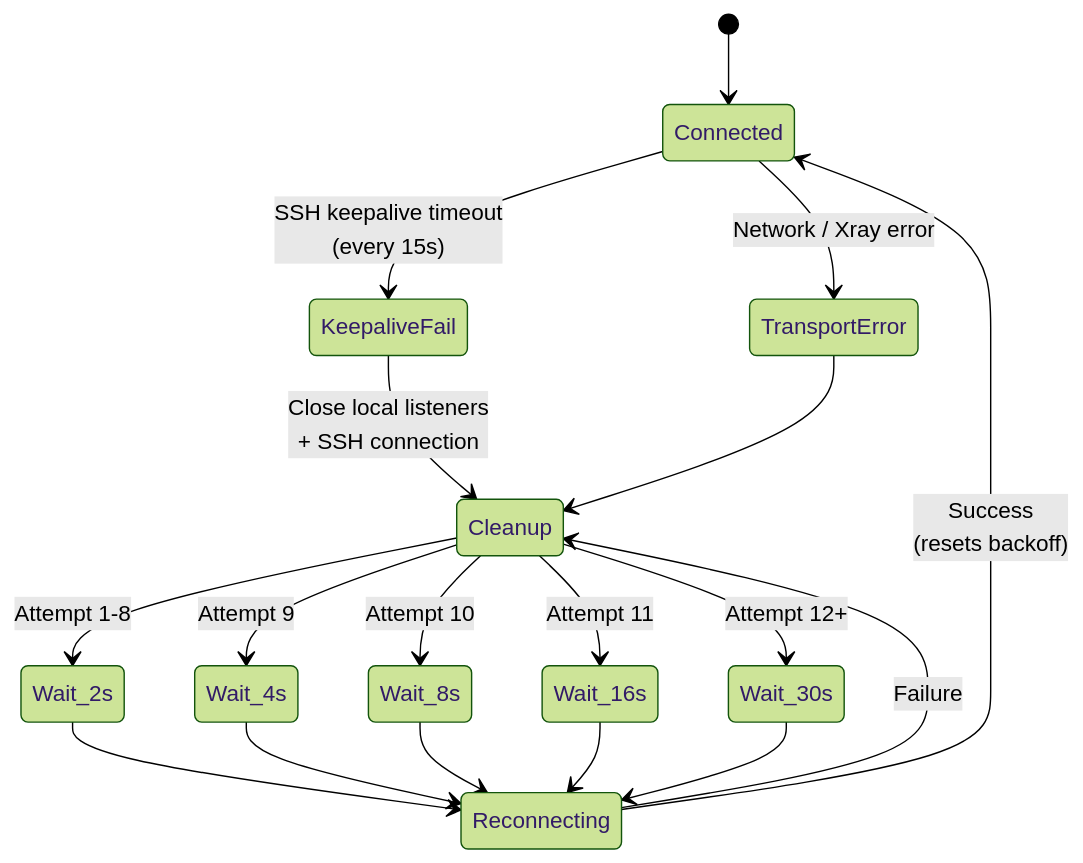
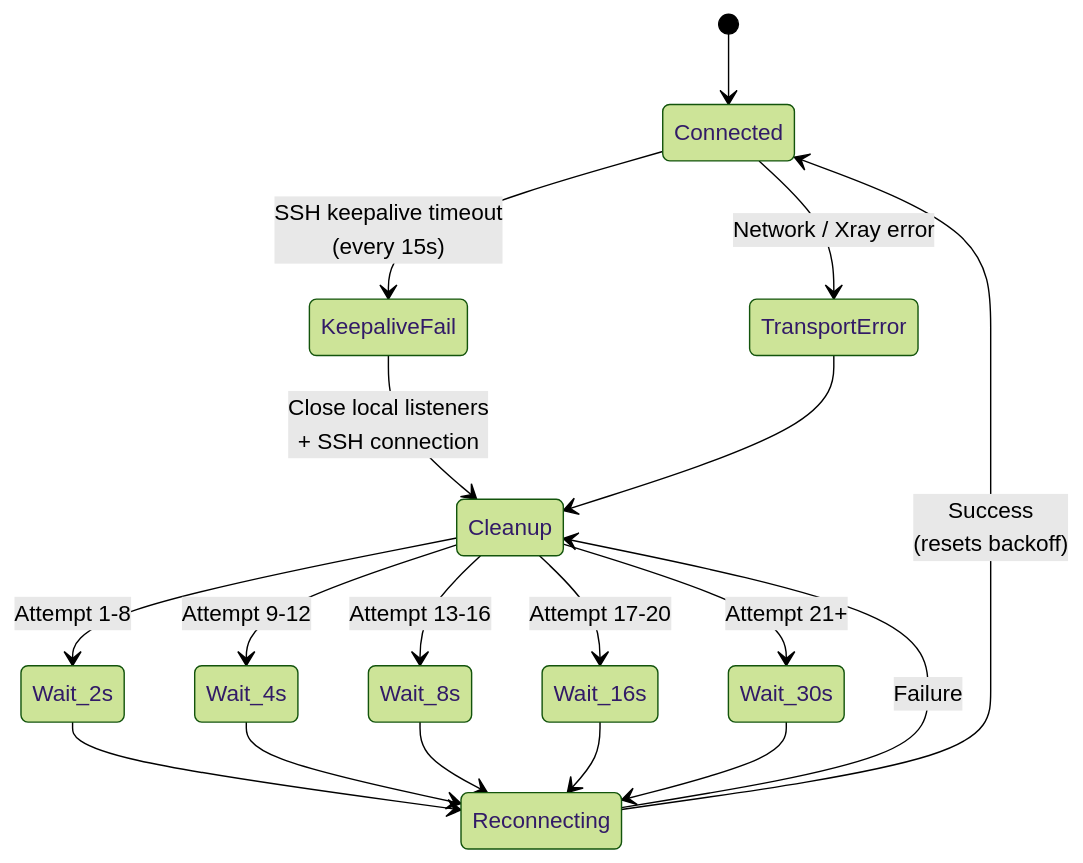
The first of 7 diagrams in docs/architecture/cross-cutting.md (Tunnel-Whisperer/Tunnel-Whisperer), drawn with Mermaid (forest theme) before and after one commit. The commit also changed other lines of this file and 45 other files, not shown here.

````diff
--- a/docs/architecture/cross-cutting.md
+++ b/docs/architecture/cross-cutting.md
@@ -5,24 +5,24 @@
 ```mermaid
 stateDiagram-v2
     [*] --> Connected
     Connected --> KeepaliveFail: SSH keepalive timeout<br/>(every 15s)
     Connected --> TransportError: Network / Xray error
 
     KeepaliveFail --> Cleanup: Close local listeners<br/>+ SSH connection
     TransportError --> Cleanup
 
     Cleanup --> Wait_2s: Attempt 1-8
-    Cleanup --> Wait_4s: Attempt 9
-    Cleanup --> Wait_8s: Attempt 10
-    Cleanup --> Wait_16s: Attempt 11
-    Cleanup --> Wait_30s: Attempt 12+
+    Cleanup --> Wait_4s: Attempt 9-12
+    Cleanup --> Wait_8s: Attempt 13-16
+    Cleanup --> Wait_16s: Attempt 17-20
+    Cleanup --> Wait_30s: Attempt 21+
 
     Wait_2s --> Reconnecting
     Wait_4s --> Reconnecting
     Wait_8s --> Reconnecting
     Wait_16s --> Reconnecting
     Wait_30s --> Reconnecting
 
     Reconnecting --> Connected: Success<br/>(resets backoff)
     Reconnecting --> Cleanup: Failure
 ```
````
